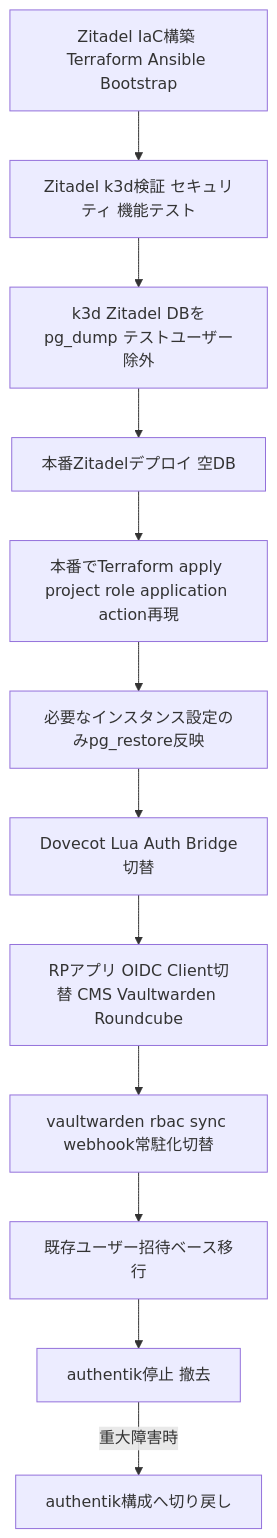
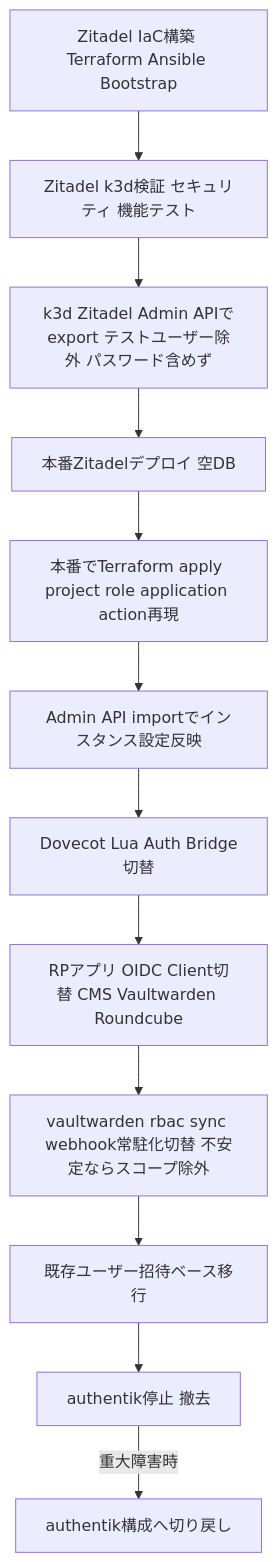
Before and after one commit to aramakisai/aramakisai-infra: the sixth of 6 diagrams in .kiro/specs/idp-migration-zitadel/design.md, drawn with Mermaid. The commit also changed other lines of this file and 4 other files, not shown here.

````diff
--- a/.kiro/specs/idp-migration-zitadel/design.md
+++ b/.kiro/specs/idp-migration-zitadel/design.md
@@ -471,14 +471,14 @@
 ```mermaid
 flowchart TD
     A[Zitadel IaC構築 Terraform Ansible Bootstrap] --> B[Zitadel k3d検証 セキュリティ 機能テスト]
-    B --> C[k3d Zitadel DBをpg_dump テストユーザー除外]
+    B --> C[k3d Zitadel Admin APIでexport テストユーザー除外 パスワード含めず]
     C --> D[本番Zitadelデプロイ 空DB]
     D --> E[本番でTerraform apply project role application action再現]
-    E --> F[必要なインスタンス設定のみpg_restore反映]
+    E --> F[Admin API importでインスタンス設定反映]
     F --> G[Dovecot Lua Auth Bridge切替]
     G --> H[RPアプリ OIDC Client切替 CMS Vaultwarden Roundcube]
-    H --> I[vaultwarden rbac sync webhook常駐化切替]
+    H --> I[vaultwarden rbac sync webhook常駐化切替 不安定ならスコープ除外]
     I --> J[既存ユーザー招待ベース移行]
     J --> K[authentik停止 撤去]
     K -->|重大障害時| L[authentik構成へ切り戻し]
 ```
````
